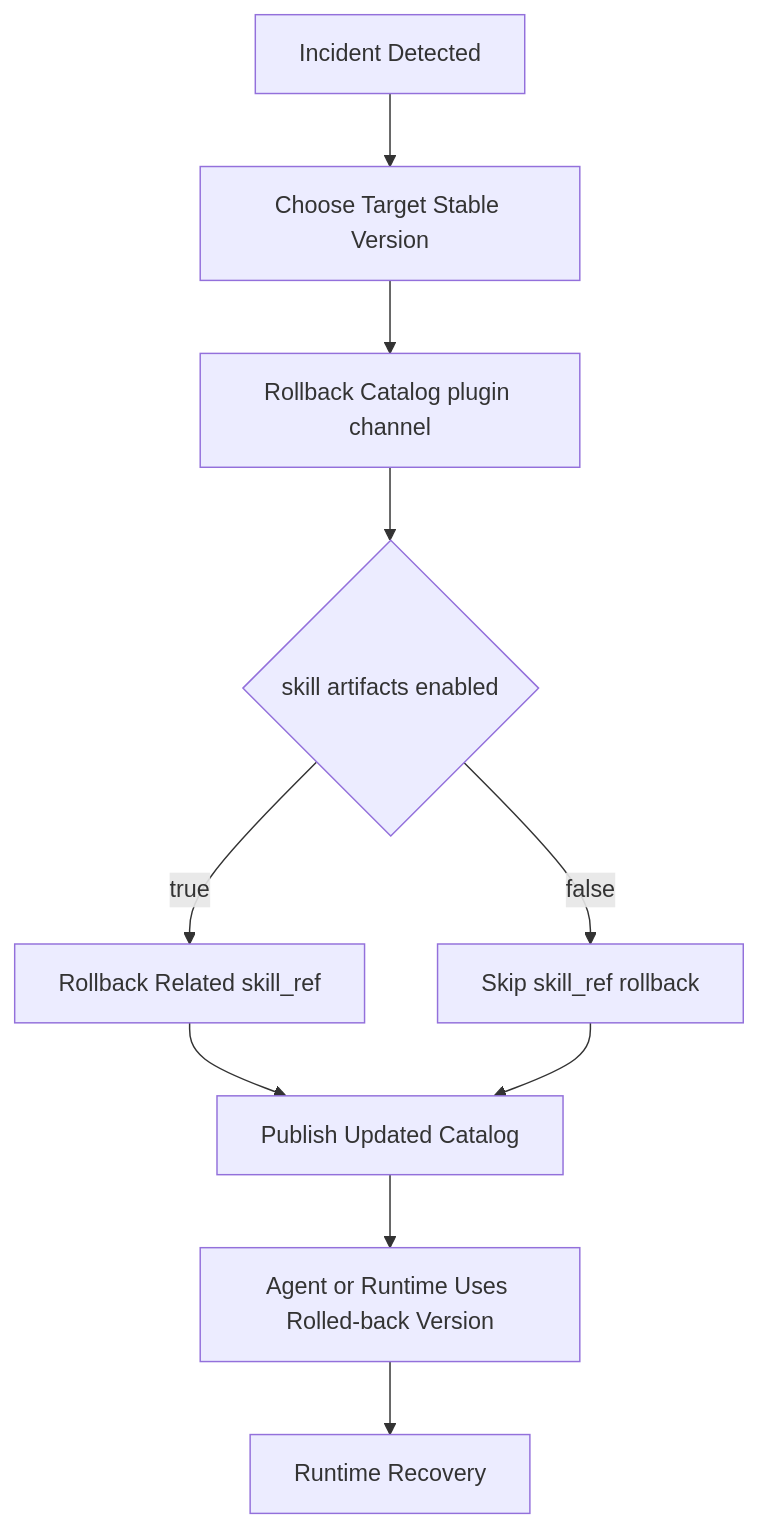
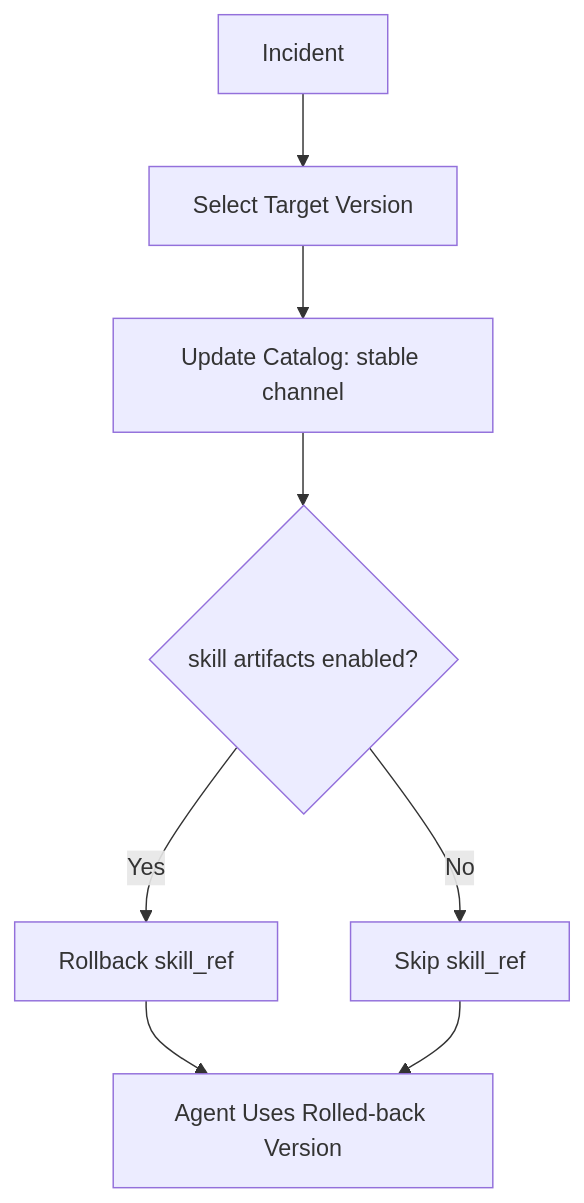
Before and after one commit to devbolin/skills: the third of 3 diagrams in docs/phase1/FLOW.md, drawn with Mermaid. The commit also changed other lines of this file and 4 other files, not shown here.

First line of the commit message:
docs: improve mermaid diagrams for GitHub readability

````diff
--- a/docs/phase1/FLOW.md
+++ b/docs/phase1/FLOW.md
@@ -57,12 +57,10 @@
 ```mermaid
 flowchart TD
-  A[Incident Detected] --> B[Choose Target Stable Version]
-  B --> C[Rollback Catalog plugin channel]
-  C --> D{skill artifacts enabled}
-  D -- true --> E[Rollback Related skill_ref]
-  D -- false --> F[Skip skill_ref rollback]
-  E --> G[Publish Updated Catalog]
-  F --> G
-  G --> H[Agent or Runtime Uses Rolled-back Version]
-  H --> I[Runtime Recovery]
+    A[Incident] --> B[Select Target Version]
+    B --> C[Update Catalog: stable channel]
+    C --> D{skill artifacts enabled?}
+    D -->|Yes| E[Rollback skill_ref]
+    D -->|No| F[Skip skill_ref]
+    E --> G[Agent Uses Rolled-back Version]
+    F --> G
 ```
````
